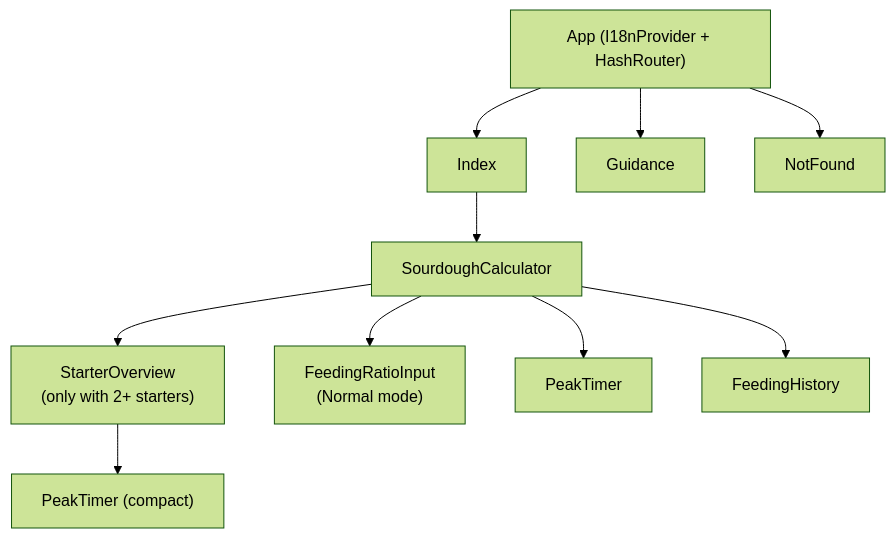
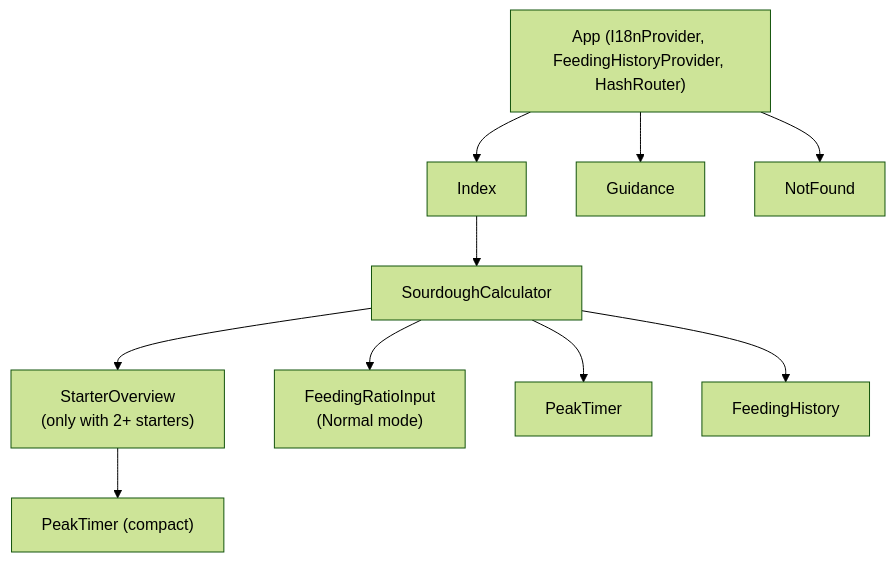
One commit to bendfeldt/sourdoughpeakplanner-ff7502f5 changed the second of 3 diagrams in docs/architecture.md. Above: the diagram before and after it, drawn with Mermaid (forest theme). The commit also changed other lines of this file and 4 other files, not shown here.

First line of the commit message:
Share one feeding history to stop it deleting logged feeds

````diff
--- a/docs/architecture.md
+++ b/docs/architecture.md
@@ -90,12 +90,12 @@
 ```mermaid
 flowchart TB
-    App["App (I18nProvider + HashRouter)"] --> Index
+    App["App (I18nProvider, FeedingHistoryProvider, HashRouter)"] --> Index
     App --> Guidance
     App --> NotFound
     Index --> SC["SourdoughCalculator"]
     SC --> SO["StarterOverview<br/>(only with 2+ starters)"]
     SC --> FRI["FeedingRatioInput<br/>(Normal mode)"]
     SC --> PT["PeakTimer"]
     SC --> FH["FeedingHistory"]
     SO --> PT2["PeakTimer (compact)"]
 ```
````
